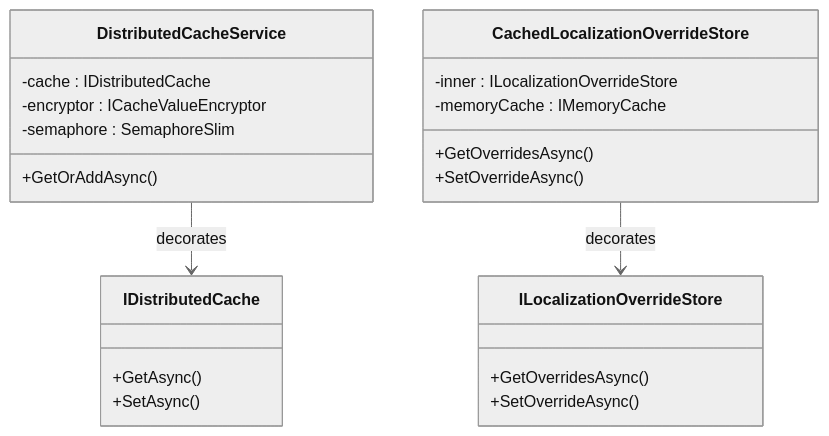
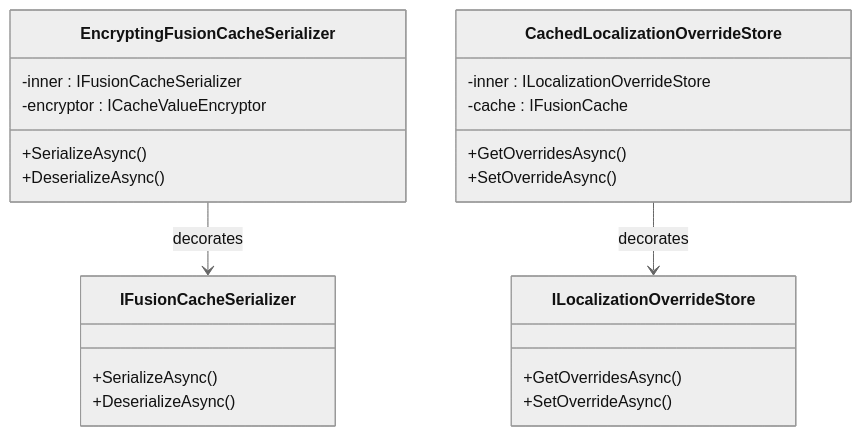
The diagram in docs-site/src/content/docs/dotnet/architecture/patterns/decorator.md (granit-fx/granit-dotnet), drawn with Mermaid (neutral theme) before and after one commit. The commit also changed other lines of this file and 219 other files, not shown here.

First line of the commit message:
docs: update all documentation for FusionCache migration

````diff
--- a/docs-site/src/content/docs/dotnet/architecture/patterns/decorator.md
+++ b/docs-site/src/content/docs/dotnet/architecture/patterns/decorator.md
@@ -17,29 +17,29 @@
 ```mermaid
 classDiagram
-    class IDistributedCache {
-        +GetAsync()
-        +SetAsync()
+    class IFusionCacheSerializer {
+        +SerializeAsync()
+        +DeserializeAsync()
     }
 
-    class DistributedCacheService {
-        -cache : IDistributedCache
+    class EncryptingFusionCacheSerializer {
+        -inner : IFusionCacheSerializer
         -encryptor : ICacheValueEncryptor
-        -semaphore : SemaphoreSlim
-        +GetOrAddAsync()
+        +SerializeAsync()
+        +DeserializeAsync()
     }
 
     class ILocalizationOverrideStore {
         +GetOverridesAsync()
         +SetOverrideAsync()
     }
 
     class CachedLocalizationOverrideStore {
         -inner : ILocalizationOverrideStore
-        -memoryCache : IMemoryCache
+        -cache : IFusionCache
         +GetOverridesAsync()
         +SetOverrideAsync()
     }
 
-    DistributedCacheService --> IDistributedCache : decorates
+    EncryptingFusionCacheSerializer --> IFusionCacheSerializer : decorates
     CachedLocalizationOverrideStore --> ILocalizationOverrideStore : decorates
 ```
````
